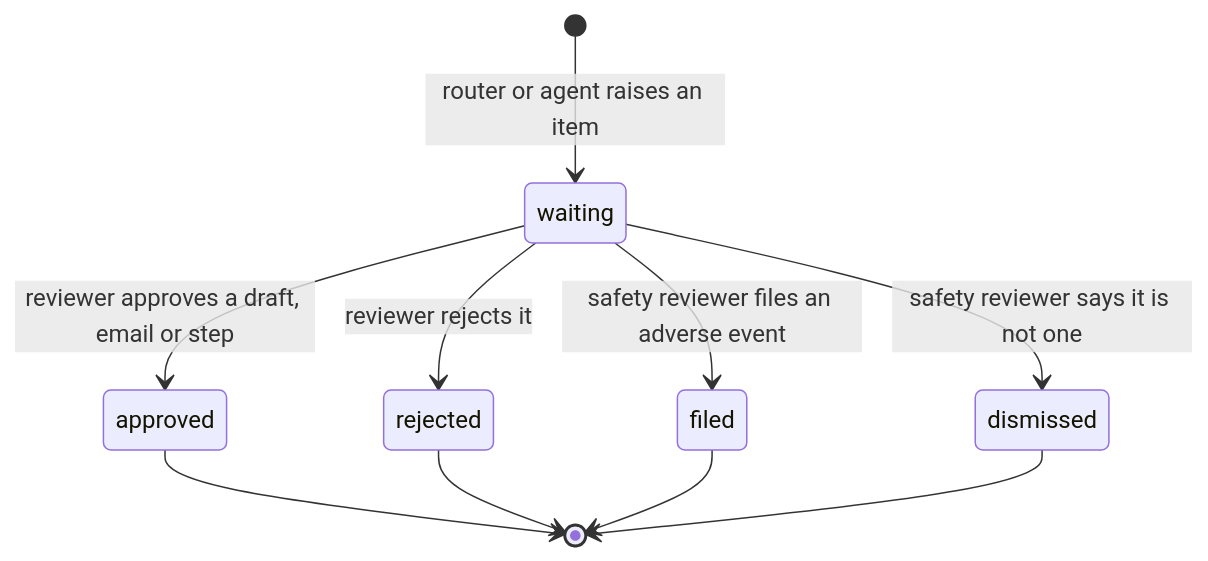
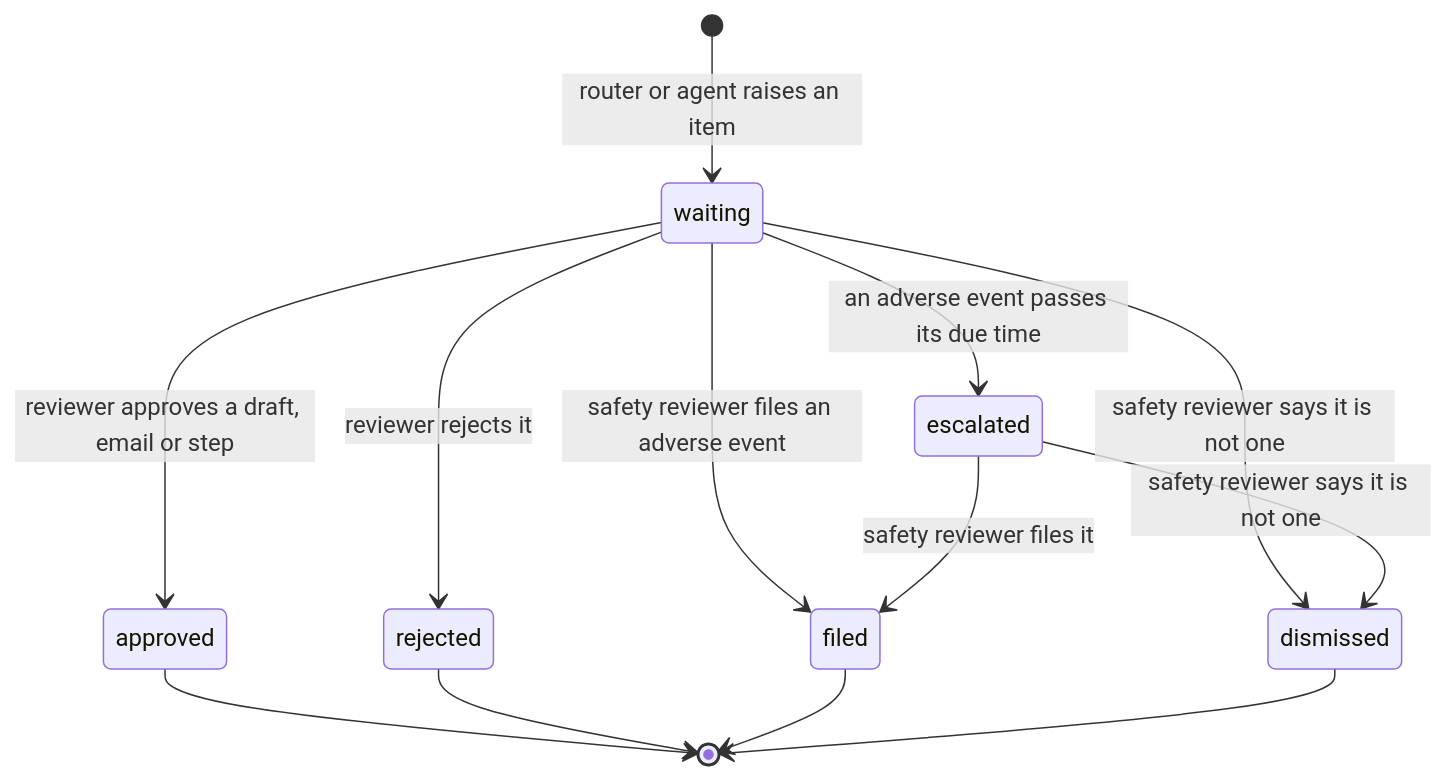
One commit to learnwithparam/agentic-ai-buildcamp changed the third of 3 diagrams in docs/walkthrough.md. Above: the diagram before and after it, drawn with Mermaid. The commit also changed 29 other files, not shown here.

````diff
--- a/docs/walkthrough.md
+++ b/docs/walkthrough.md
@@ -133,13 +133,16 @@
 ```mermaid
 stateDiagram-v2
     %% states: src/server/reviews.ts ReviewStatus
     [*] --> waiting : router or agent raises an item
     waiting --> approved : reviewer approves a draft, email or step
     waiting --> rejected : reviewer rejects it
     waiting --> filed : safety reviewer files an adverse event
     waiting --> dismissed : safety reviewer says it is not one
+    waiting --> escalated : an adverse event passes its due time
+    escalated --> filed : safety reviewer files it
+    escalated --> dismissed : safety reviewer says it is not one
     approved --> [*]
     rejected --> [*]
     filed --> [*]
     dismissed --> [*]
 ```
````
